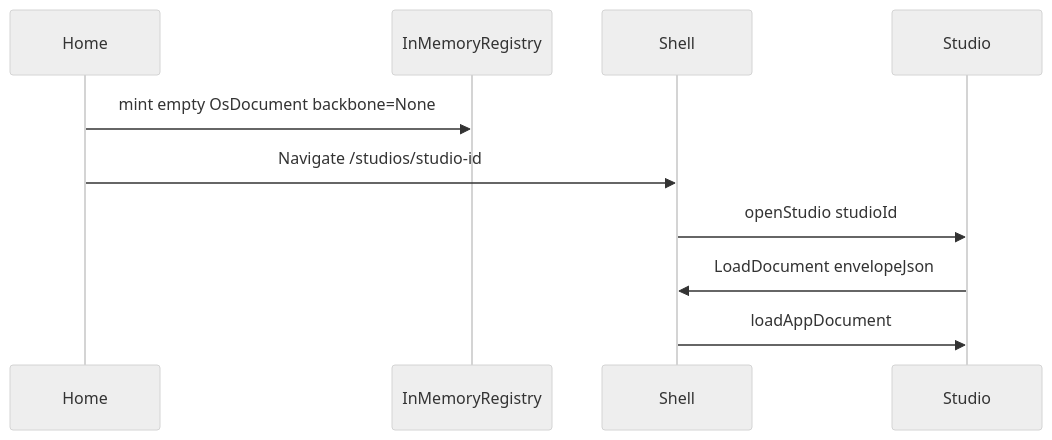
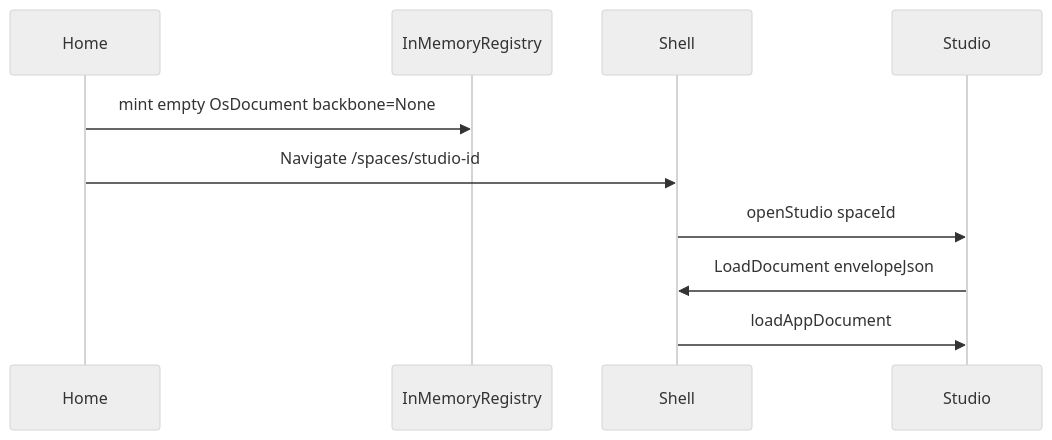
Before and after one commit to usalu/semio: the diagram in .cursor/plans/ephemeral_studio_create_open_be5cc025.plan.md, drawn with Mermaid (neutral theme). The commit also changed other lines of this file and 1361 other files, not shown here.

````diff
--- a/.cursor/plans/ephemeral_studio_create_open_be5cc025.plan.md
+++ b/.cursor/plans/ephemeral_studio_create_open_be5cc025.plan.md
@@ -35,13 +35,13 @@
 ```mermaid
 sequenceDiagram
   participant Home
   participant Catalog as InMemoryRegistry
   participant Shell
   participant Studio
 
   Home->>Catalog: mint empty OsDocument backbone=None
-  Home->>Shell: Navigate /studios/studio-id
-  Shell->>Studio: openStudio studioId
+  Home->>Shell: Navigate /spaces/studio-id
+  Shell->>Studio: openStudio spaceId
   Studio->>Shell: LoadDocument envelopeJson
   Shell->>Studio: loadAppDocument
 ```
````
